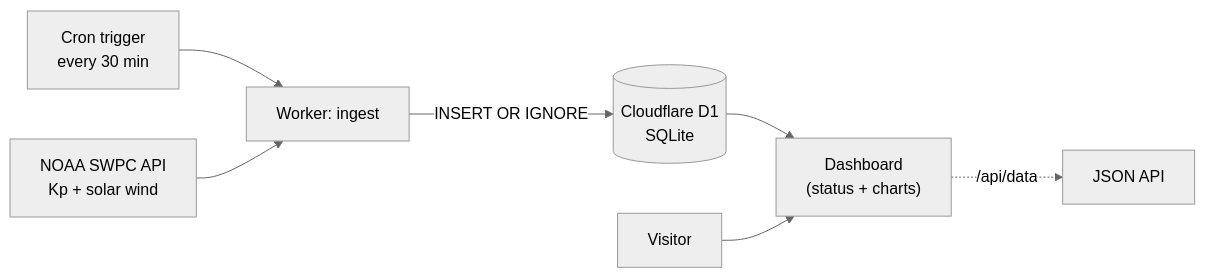
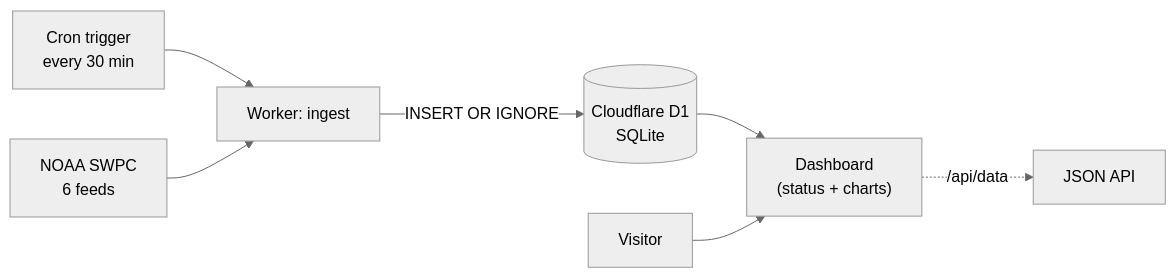
The diagram in README.md (dsremo/space-weather), drawn with Mermaid (neutral theme) before and after one commit. The commit also changed other lines of this file and 1 other file, not shown here.

Commit message:
Upgrade to a 6-feed ops console: storm scales, forecast, Bz, X-ray flares, solar cycle

````diff
--- a/README.md
+++ b/README.md
@@ -19,9 +22,9 @@
 ```mermaid
 flowchart LR
   CRON["Cron trigger<br/>every 30 min"] --> W[Worker: ingest]
-  NOAA["NOAA SWPC API<br/>Kp + solar wind"] --> W
+  NOAA["NOAA SWPC<br/>6 feeds"] --> W
   W -->|"INSERT OR IGNORE"| DB[("Cloudflare D1<br/>SQLite")]
   DB --> DASH["Dashboard<br/>(status + charts)"]
   USER[Visitor] --> DASH
   DASH -. "/api/data" .-> JSON[JSON API]
 ```
````
